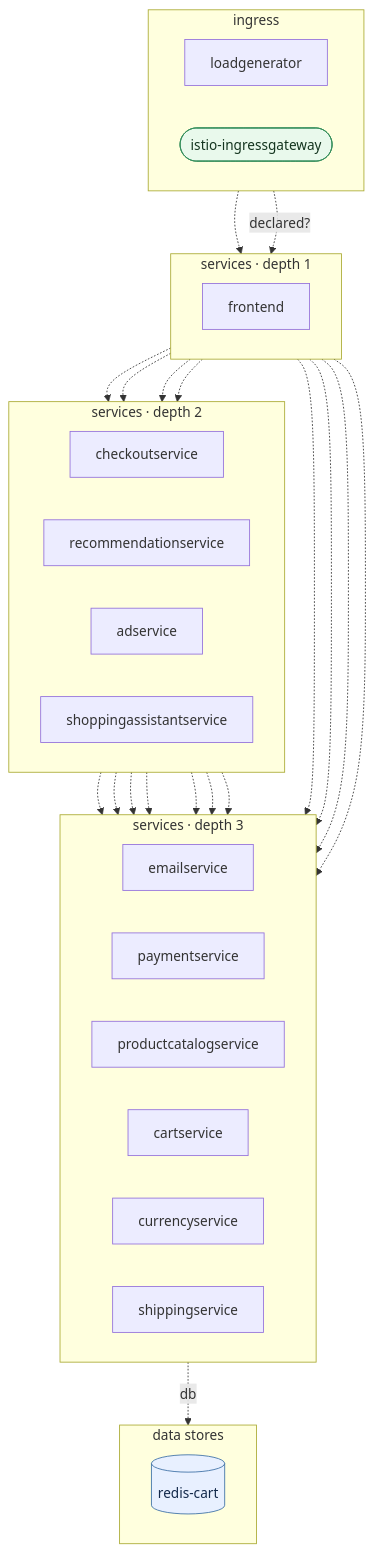
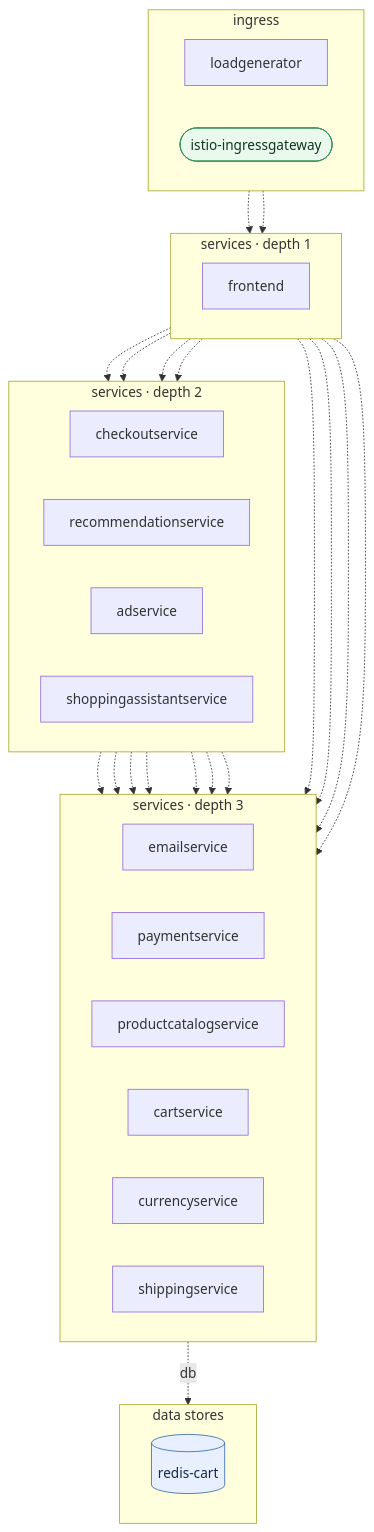
The diagram in docs/generalization/online-boutique.mmd (ANYuu531/ChatOps4Msa-Pipeline), drawn with Mermaid before and after one commit. The commit also changed 181 other files, not shown here.

```diff
--- a/docs/generalization/online-boutique.mmd
+++ b/docs/generalization/online-boutique.mmd
@@ -1,53 +1,53 @@
 flowchart TB
 %% DepWeaver — microservice dependency graph
 %% solid arrow = observed at runtime (Istio) · dashed = declared in code/doc only
 %% node shape: [service] ([gateway]) [(db)] {{queue}} [/external/]
   subgraph layer0 ["ingress"]
     direction LR
     loadgenerator["loadgenerator"]
     istio_ingressgateway(["istio-ingressgateway"]):::gateway
   end
   subgraph layer1 ["services · depth 1"]
     direction LR
     frontend["frontend"]
   end
   subgraph layer2 ["services · depth 2"]
     direction LR
     checkoutservice["checkoutservice"]
     recommendationservice["recommendationservice"]
     adservice["adservice"]
     shoppingassistantservice["shoppingassistantservice"]
   end
   subgraph layer3 ["services · depth 3"]
     direction LR
     emailservice["emailservice"]
     paymentservice["paymentservice"]
     productcatalogservice["productcatalogservice"]
     cartservice["cartservice"]
     currencyservice["currencyservice"]
     shippingservice["shippingservice"]
   end
   subgraph layer4 ["data stores"]
     direction LR
     redis_cart[("redis-cart")]:::db
   end
   frontend -.-> productcatalogservice
   frontend -.-> currencyservice
   frontend -.-> cartservice
   frontend -.-> recommendationservice
   frontend -.-> checkoutservice
   frontend -.-> shippingservice
   frontend -.-> adservice
   frontend -.-> shoppingassistantservice
   checkoutservice -.-> shippingservice
   checkoutservice -.-> productcatalogservice
   checkoutservice -.-> cartservice
   checkoutservice -.-> currencyservice
   checkoutservice -.-> emailservice
   checkoutservice -.-> paymentservice
   recommendationservice -.-> productcatalogservice
   cartservice -. db .-> redis_cart
+  loadgenerator -.-> frontend
   istio_ingressgateway -.-> frontend
-  loadgenerator -. declared? .-> frontend
 classDef db fill:#e8f0ff,stroke:#3a6ea5,color:#13294b;
 classDef gateway fill:#e9f9ec,stroke:#2e8b57,color:#14351f;
```
